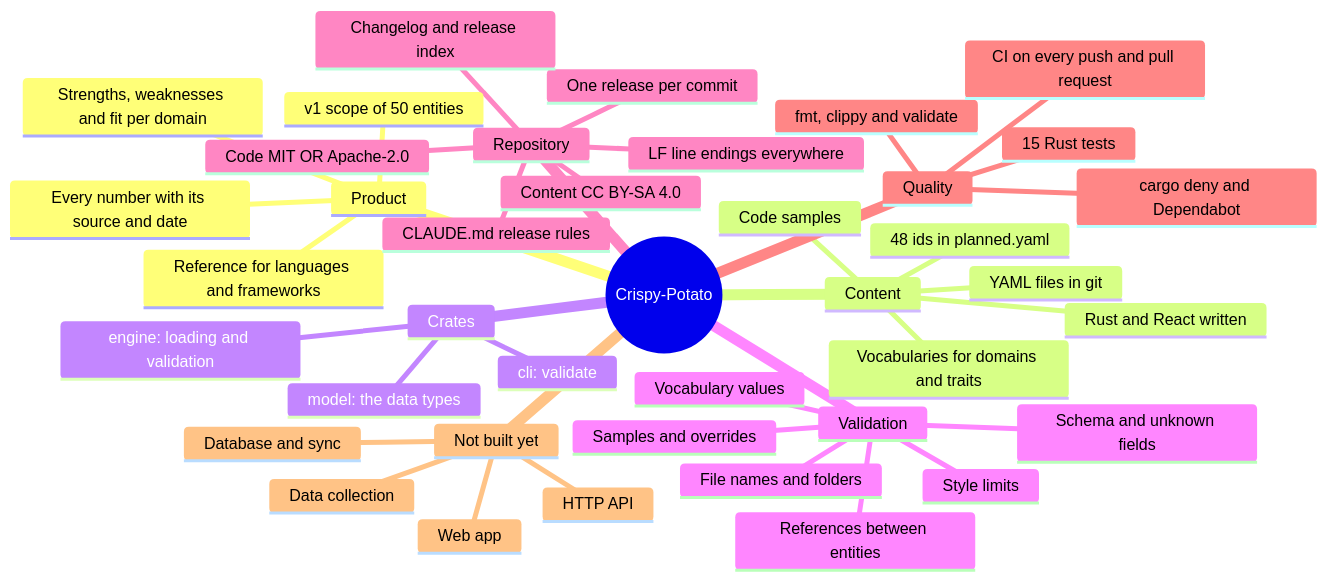
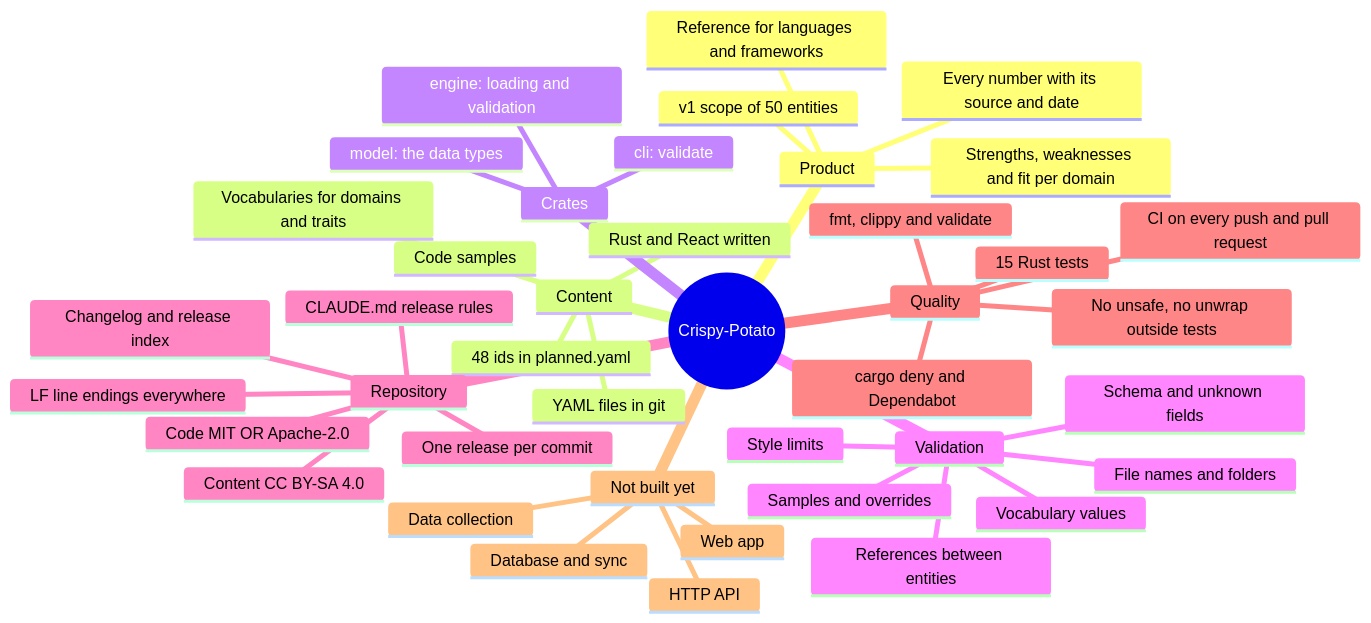
One commit to winksen/Crispy-Potato changed the first of 2 diagrams in docs/MINDMAP.md. Above: the diagram before and after it, drawn with Mermaid. The commit also changed other lines of this file and 10 other files, not shown here.

````diff
--- a/docs/MINDMAP.md
+++ b/docs/MINDMAP.md
@@ -11,43 +11,44 @@
 ```mermaid
 mindmap
   root((Crispy-Potato))
     Product
       Reference for languages and frameworks
       Strengths, weaknesses and fit per domain
       Every number with its source and date
       v1 scope of 50 entities
     Content
       YAML files in git
       Rust and React written
       48 ids in planned.yaml
       Vocabularies for domains and traits
       Code samples
     Crates
       model: the data types
       engine: loading and validation
       cli: validate
     Validation
       Schema and unknown fields
       File names and folders
       Vocabulary values
       References between entities
       Style limits
       Samples and overrides
     Repository
       Code MIT OR Apache-2.0
       Content CC BY-SA 4.0
       One release per commit
       Changelog and release index
       CLAUDE.md release rules
       LF line endings everywhere
     Quality
       15 Rust tests
       fmt, clippy and validate
+      No unsafe, no unwrap outside tests
       CI on every push and pull request
       cargo deny and Dependabot
     Not built yet
       Database and sync
       Data collection
       HTTP API
       Web app
 ```
````
